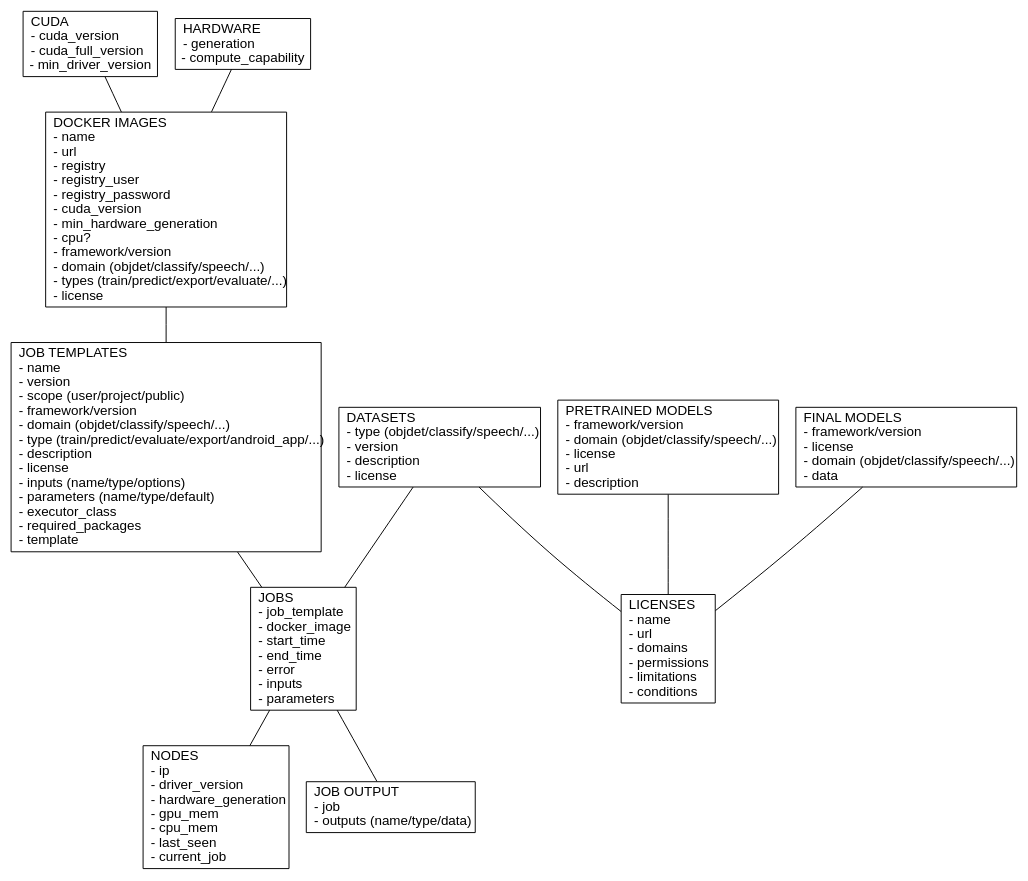
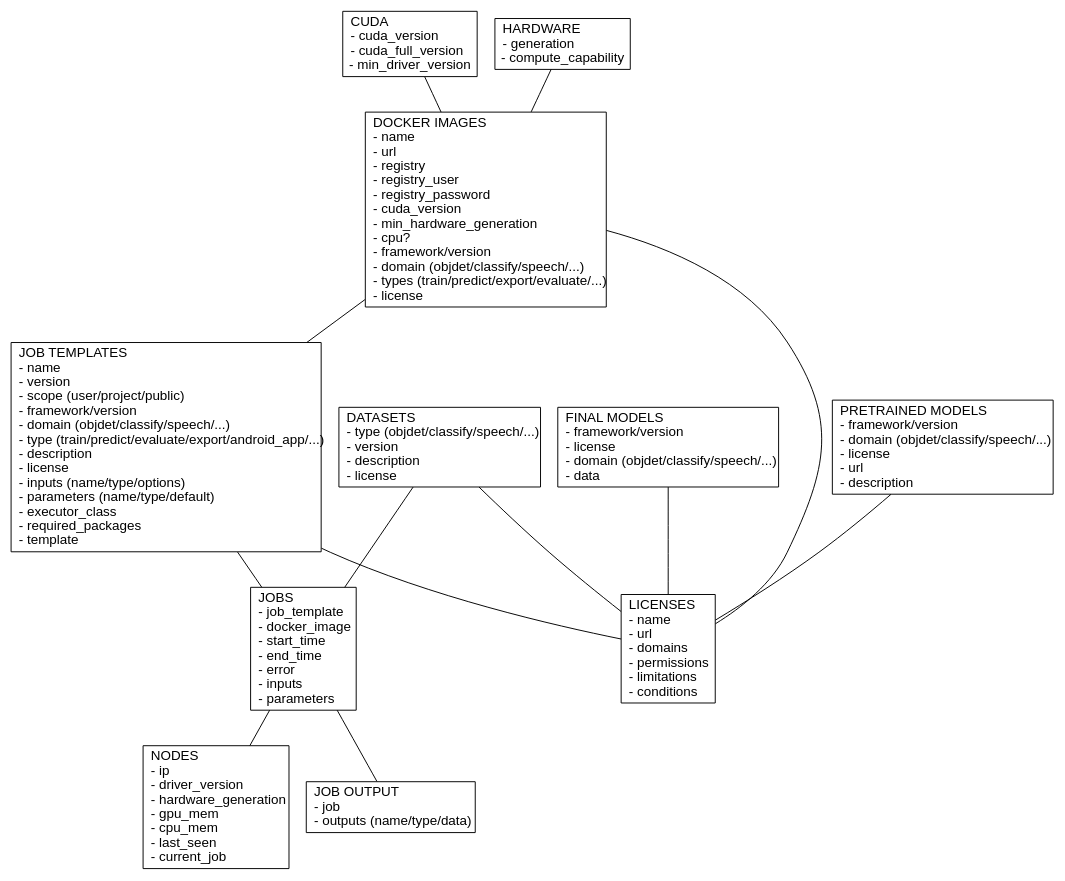
Before and after one commit to waikato-ufdl/ufdl-api: the diagram in docs/img/api.dot, drawn with Graphviz. The commit also changed 1 other file, not shown here.

Commit message:
linked job templates and docker images with licenses

```diff
--- a/docs/img/api.dot
+++ b/docs/img/api.dot
@@ -1,35 +1,37 @@
 graph {
 
   node [shape=record fontname=Arial];
 
   cuda [label = "CUDA\l- cuda_version\l- cuda_full_version\l- min_driver_version"];
   hardware [label = "HARDWARE\l- generation\l- compute_capability"];
   licenses [label = "LICENSES\l- name\l- url\l- domains\l- permissions\l- limitations\l- conditions\l"];
   datasets [label = "DATASETS\l- type (objdet/classify/speech/...)\l- version\l- description\l- license\l"];
   //dataset_conversions [label = "DATASET CONVERSIONS\l- framework/version\l- domain (objdet/classify/speech/...)\l- options (for wai.annotations)\l"];
   pretrained_models [label = "PRETRAINED MODELS\l- framework/version\l- domain (objdet/classify/speech/...)\l- license\l- url\l- description\l"];
   final_models [label = "FINAL MODELS\l- framework/version\l- license\l- domain (objdet/classify/speech/...)\l- data\l"];
   nodes [label = "NODES\l- ip\l- driver_version\l- hardware_generation\l- gpu_mem\l- cpu_mem\l- last_seen\l- current_job\l"];
   jobs [label = "JOBS\l- job_template\l- docker_image\l- start_time\l- end_time\l- error\l- inputs\l- parameters\l"];
   job_templates [label = "JOB TEMPLATES\l- name\l- version\l- scope (user/project/public)\l- framework/version\l- domain (objdet/classify/speech/...)\l- type (train/predict/evaluate/export/android_app/...)\l- description\l- license\l- inputs (name/type/options)\l- parameters (name/type/default)\l- executor_class\l- required_packages\l- template\l"];
   job_output [label = "JOB OUTPUT\l- job\l- outputs (name/type/data)\l"];
   //job_visualization [label = "JOB VISUALIZATION\l- job\l- template\l"];
   //job_visualization_templates [label = "JOB VISUALIZATION TEMPLATES\leg Tensorboard"];
   docker_images [label = "DOCKER IMAGES\l- name\l- url\l- registry\l- registry_user\l- registry_password\l- cuda_version\l- min_hardware_generation\l- cpu?\l- framework/version\l- domain (objdet/classify/speech/...)\l- types (train/predict/export/evaluate/...)\l- license\l"];
   //temp_downloads [label = "TEMP DOWNLOADS"];
 
   cuda -- docker_images;
   hardware -- docker_images;
   datasets -- licenses;
   datasets -- jobs;
   pretrained_models -- licenses;
   final_models -- licenses;
   job_templates -- jobs;
+  job_templates -- licenses;
   jobs -- job_output;
   jobs -- nodes;
   //job_output -- job_visualization;
   //job_visualization_templates -- job_visualization;
   //job_visualization_templates -- docker_images;
   docker_images -- job_templates;
+  docker_images -- licenses;
   //dataset_conversions -- job_templates;
 }
```
